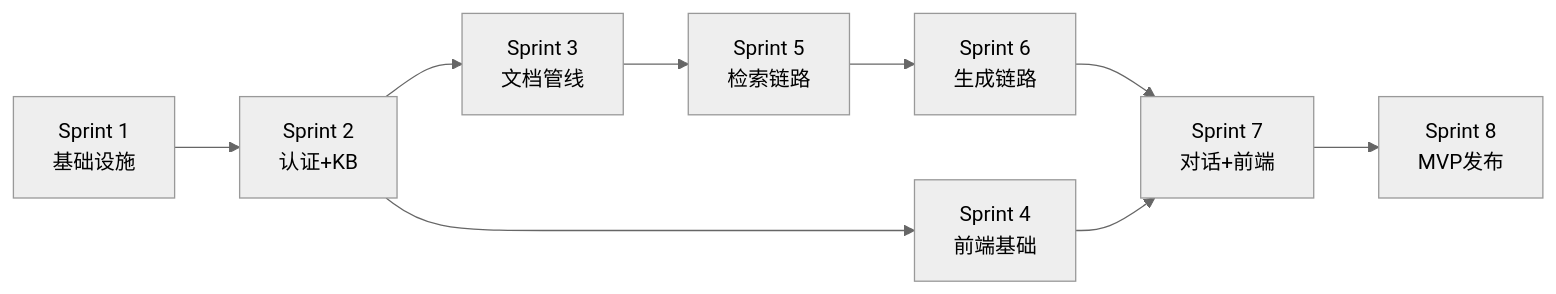
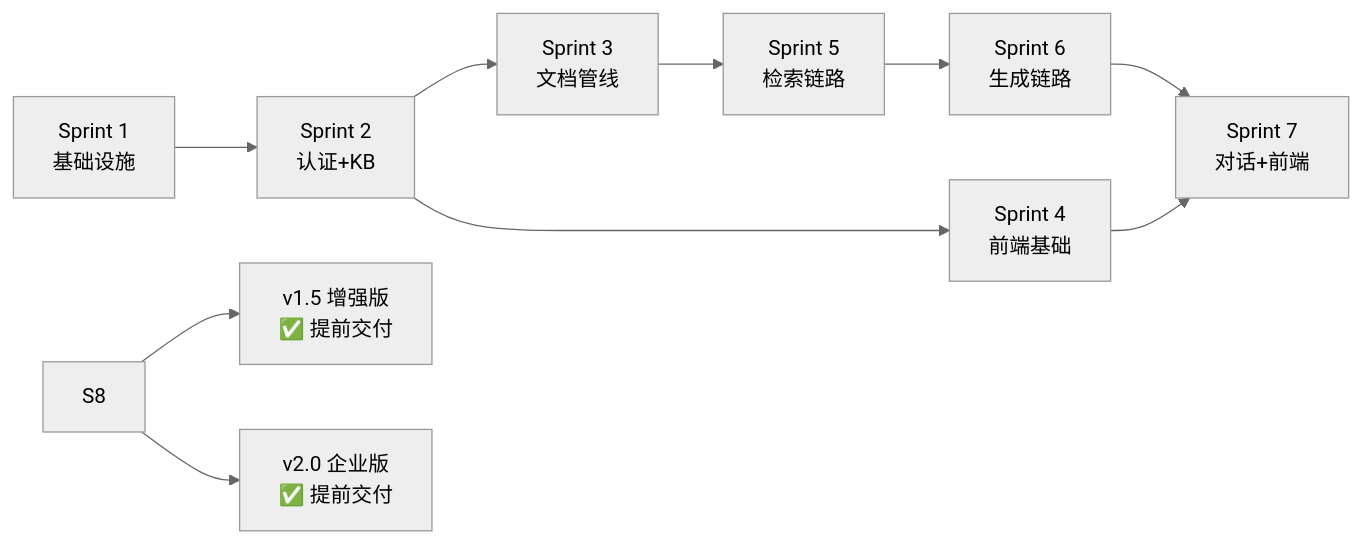
One commit to qindedong/enterprise-rag changed the diagram in docs/TASKS.md. Above: the diagram before and after it, drawn with Mermaid (neutral theme). The commit also changed other lines of this file and 1 other file, not shown here.

First line of the commit message:
docs: 更新 ROADMAP + TASKS 审核同步 — Sprint 8.10

````diff
--- a/docs/TASKS.md
+++ b/docs/TASKS.md
@@ -41,11 +41,12 @@
 ```mermaid
 graph LR
     S1["Sprint 1<br/>基础设施"] --> S2["Sprint 2<br/>认证+KB"]
     S2 --> S3["Sprint 3<br/>文档管线"]
     S2 --> S4["Sprint 4<br/>前端基础"]
     S3 --> S5["Sprint 5<br/>检索链路"]
     S5 --> S6["Sprint 6<br/>生成链路"]
     S6 --> S7["Sprint 7<br/>对话+前端"]
     S4 --> S7
-    S7 --> S8["Sprint 8<br/>MVP发布"]
+    S8 --> S9["v1.5 增强版<br/>✅ 提前交付"]
+    S8 --> S10["v2.0 企业版<br/>✅ 提前交付"]
 ```
````
